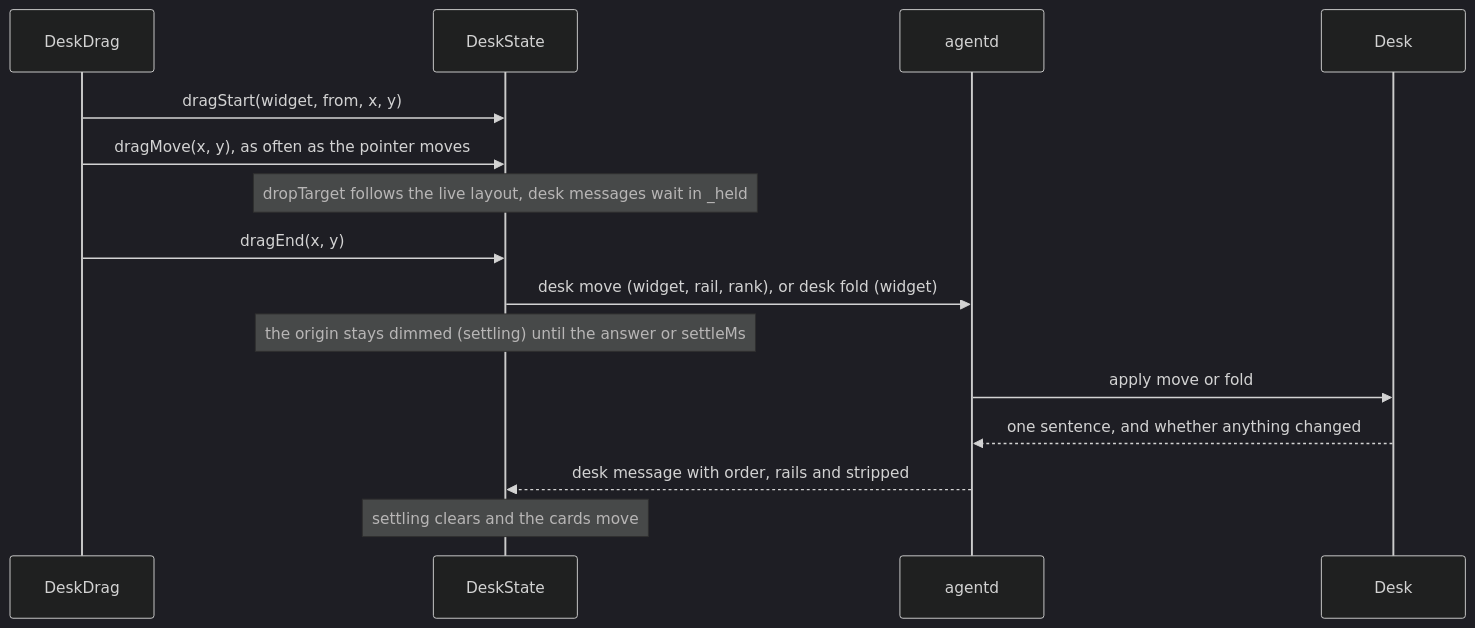
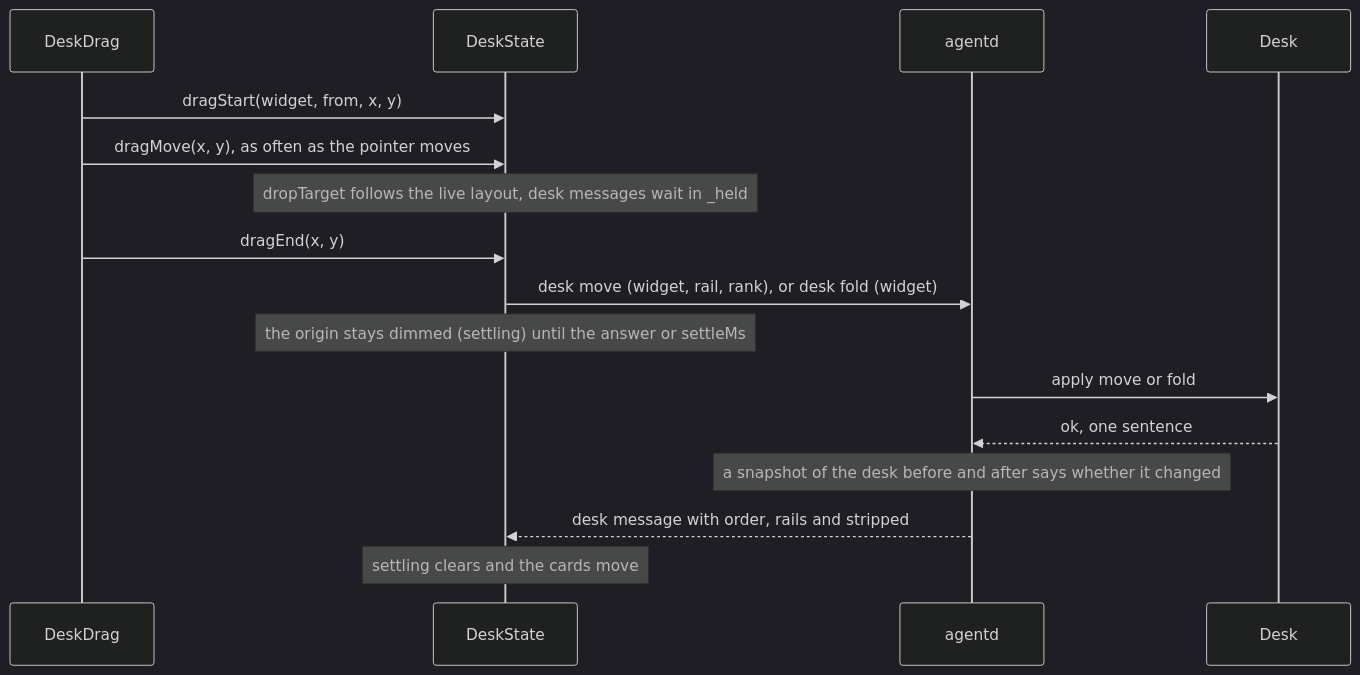
Before and after one commit to thedefaultman/Bombadil: the fourth of 5 diagrams in docs/architecture/desk.md, drawn with Mermaid (dark theme). The commit also changed other lines of this file and 26 other files, not shown here.

````diff
--- a/docs/architecture/desk.md
+++ b/docs/architecture/desk.md
@@ -208,17 +208,18 @@
 ```mermaid
 sequenceDiagram
     participant H as DeskDrag
     participant S as DeskState
     participant A as agentd
     participant D as Desk
     H->>S: dragStart(widget, from, x, y)
     H->>S: dragMove(x, y), as often as the pointer moves
     Note over S: dropTarget follows the live layout, desk messages wait in _held
     H->>S: dragEnd(x, y)
     S->>A: desk move (widget, rail, rank), or desk fold (widget)
     Note over S: the origin stays dimmed (settling) until the answer or settleMs
     A->>D: apply move or fold
-    D-->>A: one sentence, and whether anything changed
+    D-->>A: ok, one sentence
+    Note over A: a snapshot of the desk before and after says whether it changed
     A-->>S: desk message with order, rails and stripped
     Note over S: settling clears and the cards move
 ```
````
